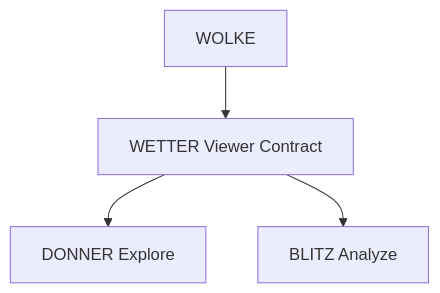
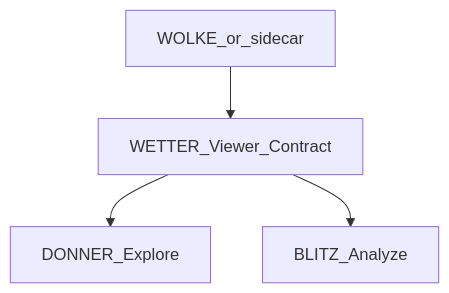
One commit to PiMaV/DONNER changed diagram 27 of 38 in architecture.md. Above: the diagram before and after it, drawn with Mermaid. The commit also changed other lines of this file and 7 other files, not shown here.

Commit message:
Sync the stream playhead over the Viewer Contract instead of a peer link to BLITZ.

````diff
--- a/architecture.md
+++ b/architecture.md
@@ -946,10 +953,10 @@
 ```mermaid
 flowchart TB
-  wolke[WOLKE]
-  contract[WETTER Viewer Contract]
-  donner[DONNER Explore]
-  blitz[BLITZ Analyze]
+  wolke[WOLKE_or_sidecar]
+  contract[WETTER_Viewer_Contract]
+  donner[DONNER_Explore]
+  blitz[BLITZ_Analyze]
   wolke --> contract
   contract --> donner
   contract --> blitz
 ```
````
